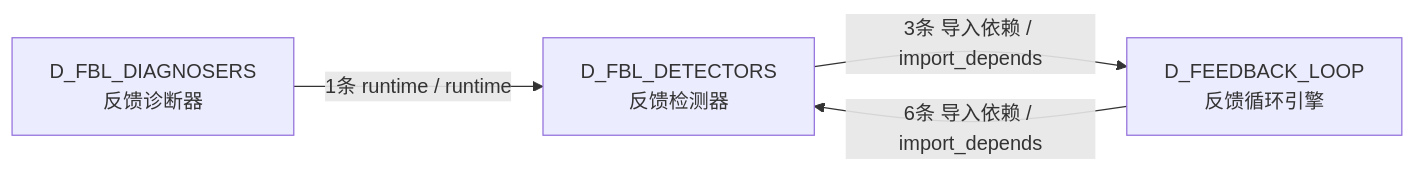
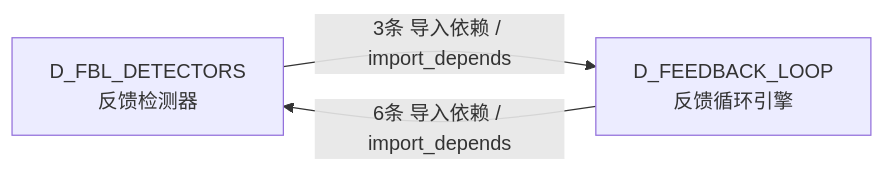
Before and after one commit to xuanFelixVan/ZephyrAlpha: the sixth of 6 diagrams in docs/02_enterprise_architecture/02_domain_architecture_docs/11_d_fbl_detectors.md, drawn with Mermaid. The commit also changed other lines of this file and 105 other files, not shown here.

````diff
--- a/docs/02_enterprise_architecture/02_domain_architecture_docs/11_d_fbl_detectors.md
+++ b/docs/02_enterprise_architecture/02_domain_architecture_docs/11_d_fbl_detectors.md
@@ -397,9 +390,7 @@
 ```mermaid
 graph LR
     D_FBL_DETECTORS["D_FBL_DETECTORS<br/>反馈检测器"]
     D_FEEDBACK_LOOP["D_FEEDBACK_LOOP<br/>反馈循环引擎"]
-    D_FBL_DIAGNOSERS["D_FBL_DIAGNOSERS<br/>反馈诊断器"]
     D_FBL_DETECTORS -->|3条 导入依赖 / import_depends| D_FEEDBACK_LOOP
     D_FEEDBACK_LOOP -->|6条 导入依赖 / import_depends| D_FBL_DETECTORS
-    D_FBL_DIAGNOSERS -->|1条 runtime / runtime| D_FBL_DETECTORS
 ```
````
